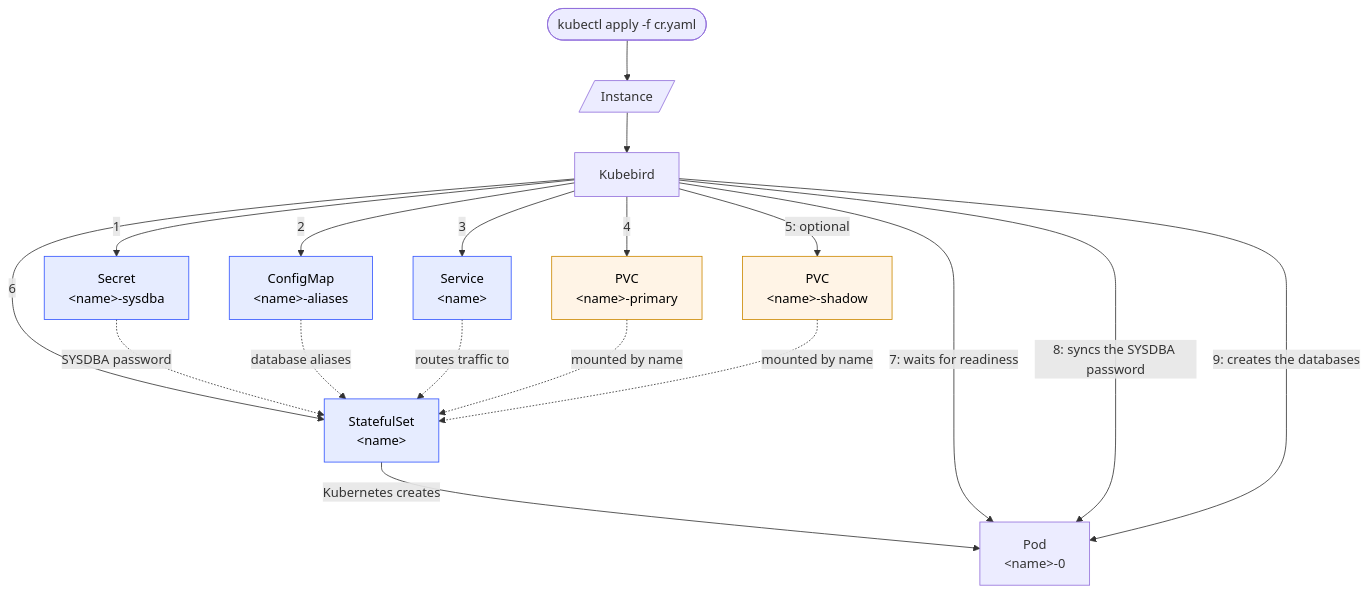
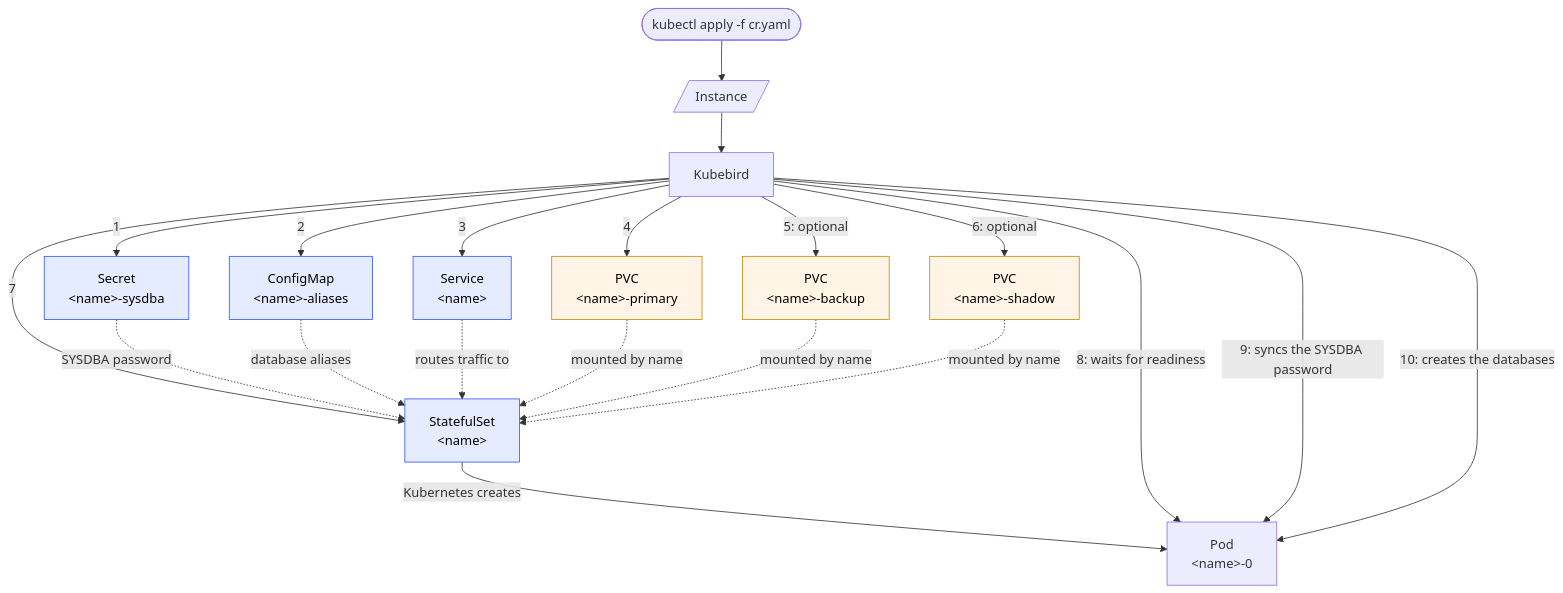
Before and after one commit to henryx/kubebird: the diagram in README.md, drawn with Mermaid. The commit also changed other lines of this file and 5 other files, not shown here.

````diff
--- a/README.md
+++ b/README.md
@@ -139,29 +143,31 @@
 ```mermaid
 flowchart TD
     User(["kubectl apply -f cr.yaml"]) --> CR[/"Instance"/]
     CR --> Kubebird["Kubebird"]
 
     Kubebird -->|"1"| Secret["Secret<br/>&lt;name&gt;-sysdba"]
     Kubebird -->|"2"| CM["ConfigMap<br/>&lt;name&gt;-aliases"]
     Kubebird -->|"3"| Service["Service<br/>&lt;name&gt;"]
     Kubebird -->|"4"| PVCPrimary["PVC<br/>&lt;name&gt;-primary"]
-    Kubebird -->|"5: optional"| PVCShadow["PVC<br/>&lt;name&gt;-shadow"]
-    Kubebird -->|"6"| STS["StatefulSet<br/>&lt;name&gt;"]
+    Kubebird -->|"5: optional"| PVCBackup["PVC<br/>&lt;name&gt;-backup"]
+    Kubebird -->|"6: optional"| PVCShadow["PVC<br/>&lt;name&gt;-shadow"]
+    Kubebird -->|"7"| STS["StatefulSet<br/>&lt;name&gt;"]
 
     Secret -.->|SYSDBA password| STS
     CM -.->|database aliases| STS
     Service -.->|routes traffic to| STS
     PVCPrimary -.->|mounted by name| STS
+    PVCBackup -.->|mounted by name| STS
     PVCShadow -.->|mounted by name| STS
 
     STS -->|Kubernetes creates| Pod["Pod<br/>&lt;name&gt;-0"]
 
-    Kubebird -->|"7: waits for readiness"| Pod
-    Kubebird -->|"8: syncs the SYSDBA password"| Pod
-    Kubebird -->|"9: creates the databases"| Pod
+    Kubebird -->|"8: waits for readiness"| Pod
+    Kubebird -->|"9: syncs the SYSDBA password"| Pod
+    Kubebird -->|"10: creates the databases"| Pod
 
     classDef owned fill:#e6ecff,stroke:#3355ff,color:#000
     class Secret,CM,Service,STS owned
     classDef unowned fill:#fff4e6,stroke:#cc8800,color:#000
-    class PVCPrimary,PVCShadow unowned
+    class PVCPrimary,PVCBackup,PVCShadow unowned
 ```
````
